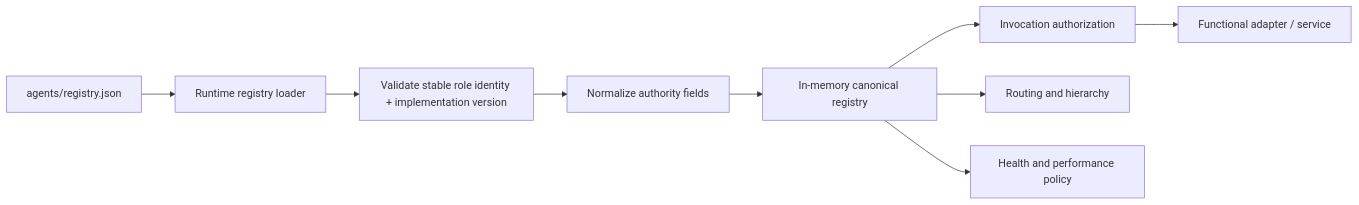
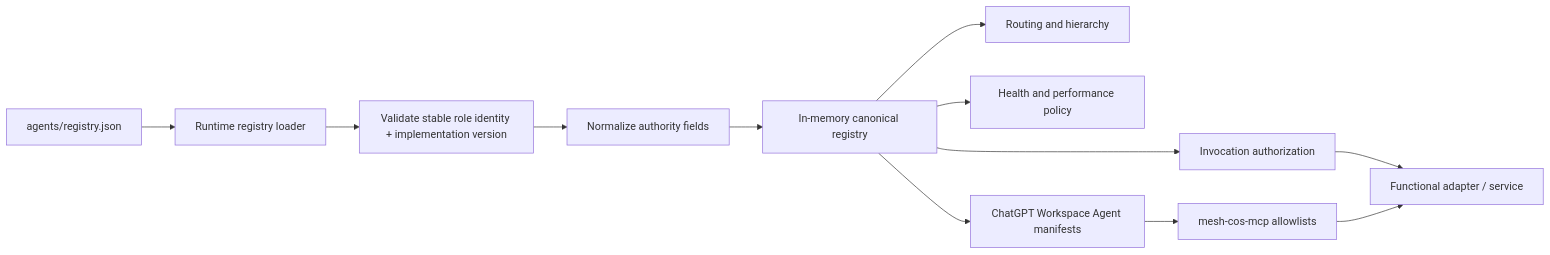
Before and after one commit to mkleinbe/mesh-ai-agent-cos-universe: the diagram in docs/agent-registry.md, drawn with Mermaid. The commit also changed other lines of this file, not shown here.

Commit message:
docs: map canonical registry into Workspace Agents

````diff
--- a/docs/agent-registry.md
+++ b/docs/agent-registry.md
@@ -7,11 +7,14 @@
 ```mermaid
 flowchart LR
     J[agents/registry.json] --> LOAD[Runtime registry loader]
     LOAD --> ID[Validate stable role identity + implementation version]
     ID --> N[Normalize authority fields]
     N --> R[In-memory canonical registry]
     R --> AUTH[Invocation authorization]
     R --> ROUTE[Routing and hierarchy]
     R --> HEALTH[Health and performance policy]
+    R --> WA[ChatGPT Workspace Agent manifests]
+    WA --> MCP[mesh-cos-mcp allowlists]
     AUTH --> EXEC[Functional adapter / service]
+    MCP --> EXEC
 ```
````
